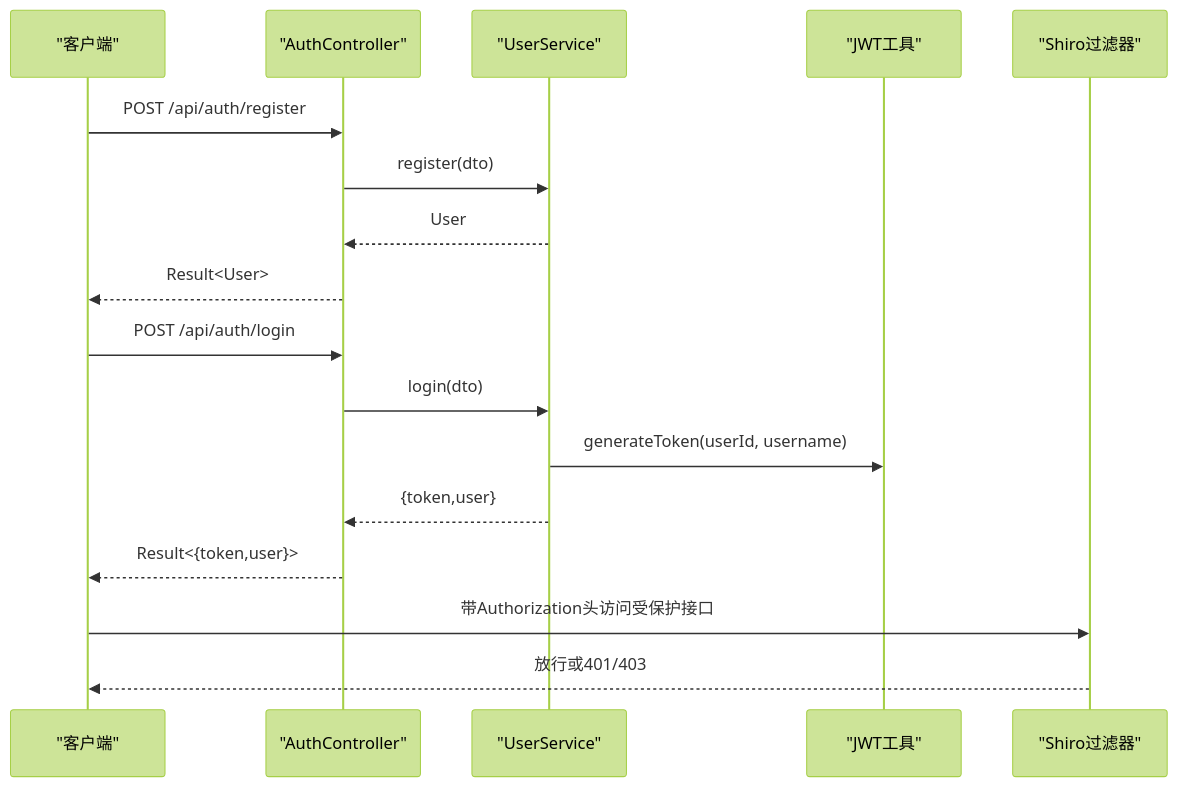
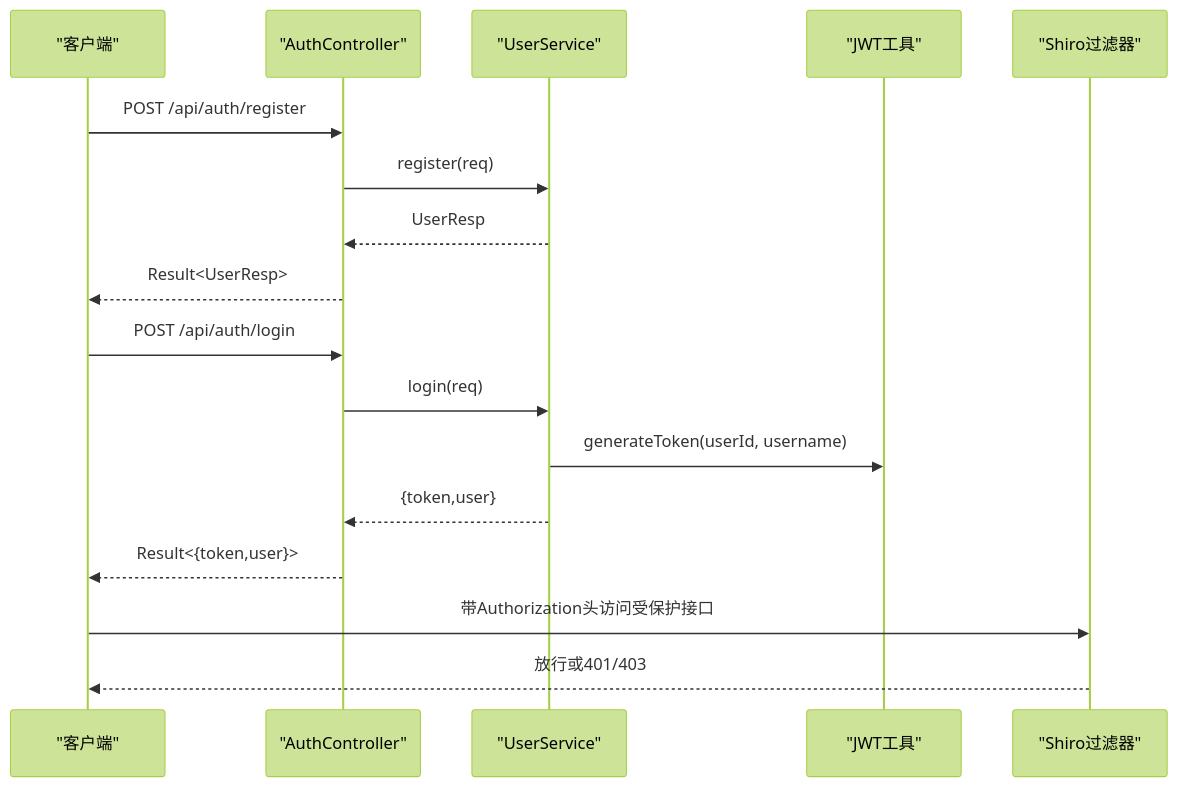
Before and after one commit to 20164206160/zhishilu: the second of 3 diagrams in .qoder/repowiki/zh/content/API接口参考/API接口参考.md, drawn with Mermaid (forest theme). The commit also changed other lines of this file and 28 other files, not shown here.

````diff
--- a/.qoder/repowiki/zh/content/API接口参考/API接口参考.md
+++ b/.qoder/repowiki/zh/content/API接口参考/API接口参考.md
@@ -113,19 +139,19 @@
 ```mermaid
 sequenceDiagram
 participant C as "客户端"
 participant AC as "AuthController"
 participant US as "UserService"
 participant JWT as "JWT工具"
 participant SHIRO as "Shiro过滤器"
 C->>AC : POST /api/auth/register
-AC->>US : register(dto)
-US-->>AC : User
-AC-->>C : Result<User>
+AC->>US : register(req)
+US-->>AC : UserResp
+AC-->>C : Result<UserResp>
 C->>AC : POST /api/auth/login
-AC->>US : login(dto)
+AC->>US : login(req)
 US->>JWT : generateToken(userId, username)
 US-->>AC : {token,user}
 AC-->>C : Result<{token,user}>
 C->>SHIRO : 带Authorization头访问受保护接口
 SHIRO-->>C : 放行或401/403
 ```
````
